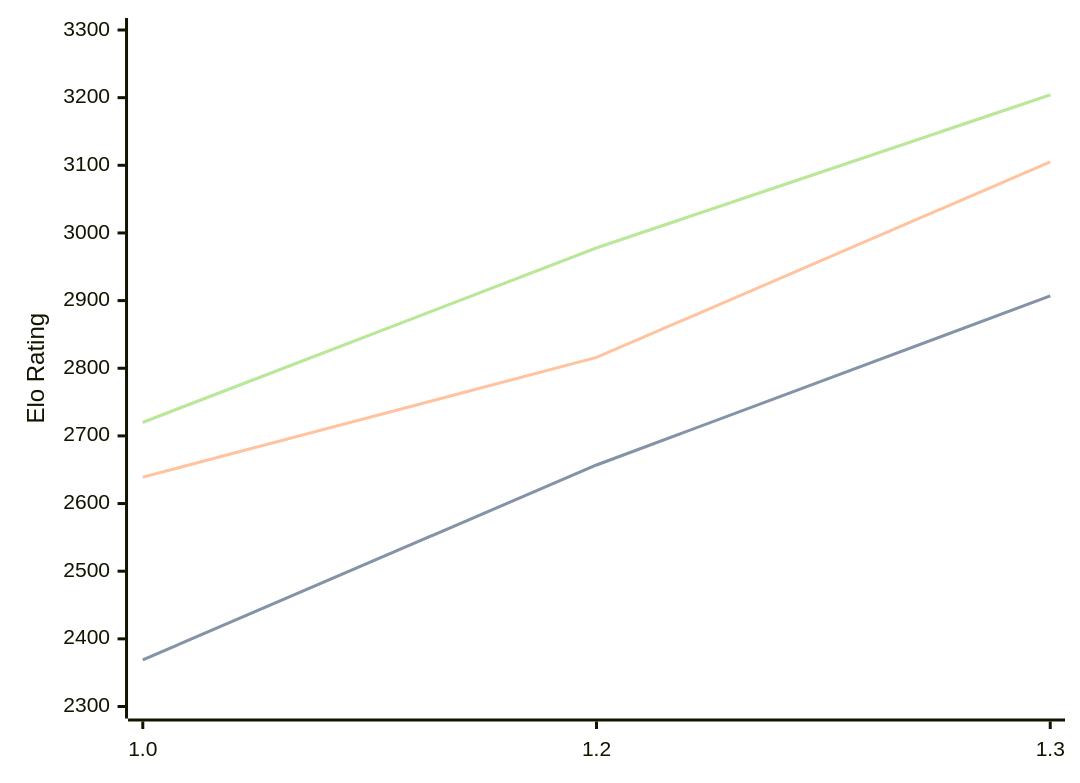
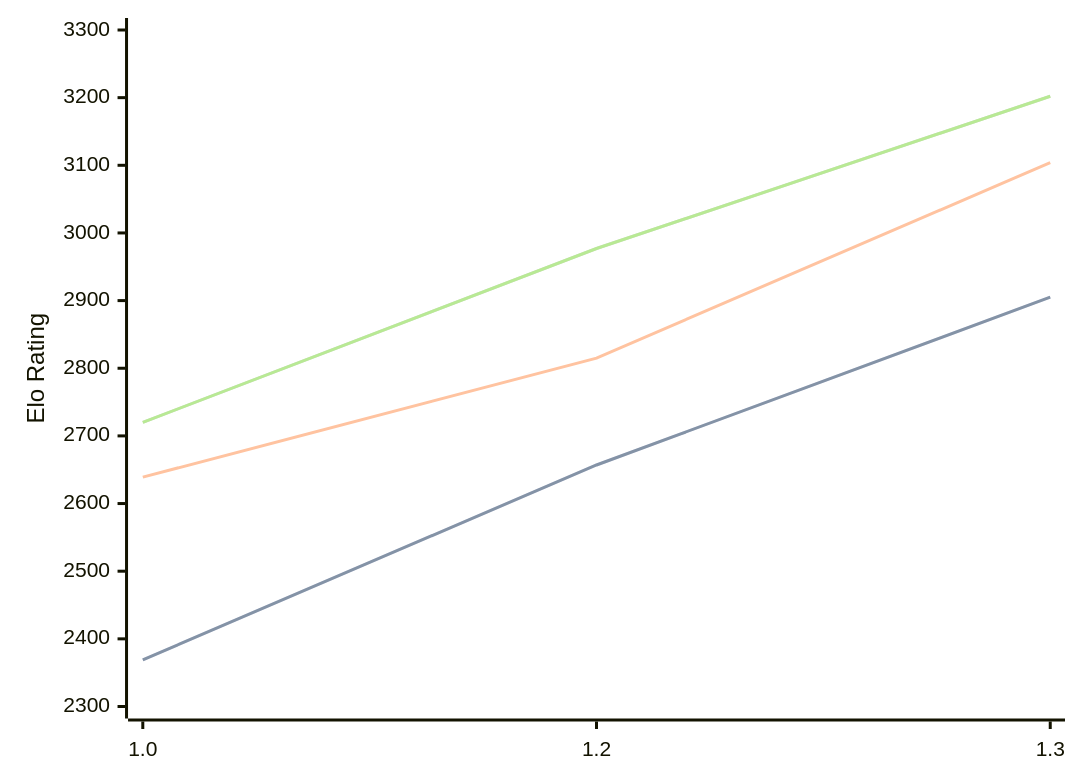
The diagram in engines/Chessnix.md (computer-chess-index/cci), drawn with Mermaid before and after one commit. The commit also changed other lines of this file, not shown here.

Commit message:
Update CCI Ratings (ELO VLTC) - 2026-04-26

````diff
--- a/engines/Chessnix.md
+++ b/engines/Chessnix.md
@@ -35,11 +35,11 @@
 ```mermaid
 %%{init: {"theme":"base","themeVariables":{"seriesColors:['#a3a3a3','#222221','#faa371']}}}%%
 xychart-beta
   x-axis ["1.0", "1.2", "1.3"]
   y-axis "Elo Rating" 2300 --> 3300
-  line "STC (8.0+0.08s)" [2369, 2657, 2907]
-  line "STC (8.0+0.08s)" [2369, 2657, 2907]
-  line "LTC (60.0+0.60s)" [2639, 2816, 3105]
-  line "VLTC (2m24s+1.12s)" [2720, 2978, 3204]
-  line "VLTC (2m24s+1.12s)" [2720, 2978, 3204]
+  line "STC (8.0+0.08s)" [2369, 2657, 2905]
+  line "STC (8.0+0.08s)" [2369, 2657, 2905]
+  line "LTC (60.0+0.60s)" [2639, 2815, 3104]
+  line "VLTC (2m24s+1.12s)" [2720, 2977, 3202]
+  line "VLTC (2m24s+1.12s)" [2720, 2977, 3202]
 ```
````
